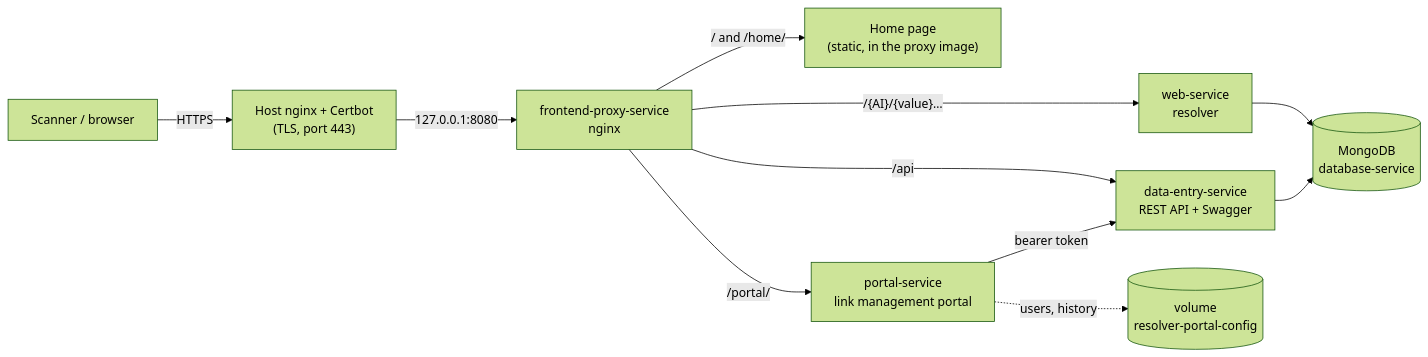
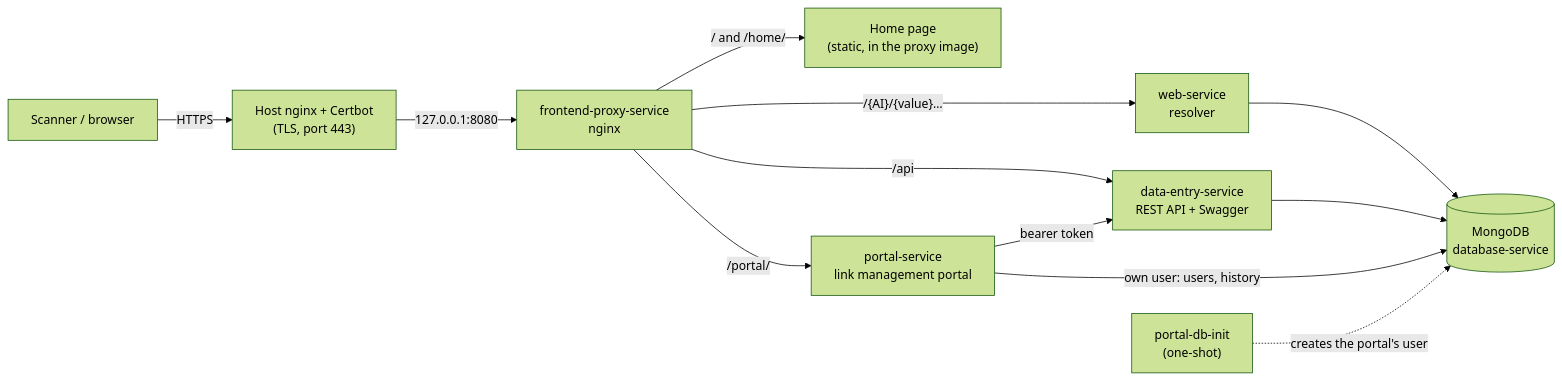
One commit to ricardomelo/GS1_DigitalLink_Resolver_CE changed the diagram in README.md. Above: the diagram before and after it, drawn with Mermaid (forest theme). The commit also changed other lines of this file and 38 other files, not shown here.

````diff
--- a/README.md
+++ b/README.md
@@ -112,13 +112,14 @@
 ```mermaid
 flowchart LR
     client["Scanner / browser"] -->|HTTPS| edge["Host nginx + Certbot<br/>(TLS, port 443)"]
     edge -->|"127.0.0.1:8080"| proxy["frontend-proxy-service<br/>nginx"]
     proxy -->|"/  and  /home/"| home["Home page<br/>(static, in the proxy image)"]
     proxy -->|"/{AI}/{value}…"| web["web-service<br/>resolver"]
     proxy -->|"/api"| de["data-entry-service<br/>REST API + Swagger"]
     proxy -->|"/portal/"| portal["portal-service<br/>link management portal"]
     portal -->|"bearer token"| de
     web --> db[("MongoDB<br/>database-service")]
     de --> db
-    portal -.->|"users, history"| vol[("volume<br/>resolver-portal-config")]
+    portal -->|"own user: users, history"| db
+    init["portal-db-init<br/>(one-shot)"] -.->|"creates the portal's user"| db
 ```
````
